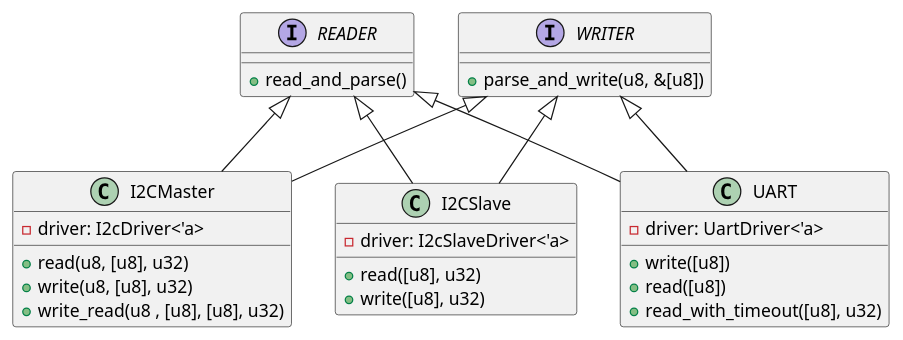
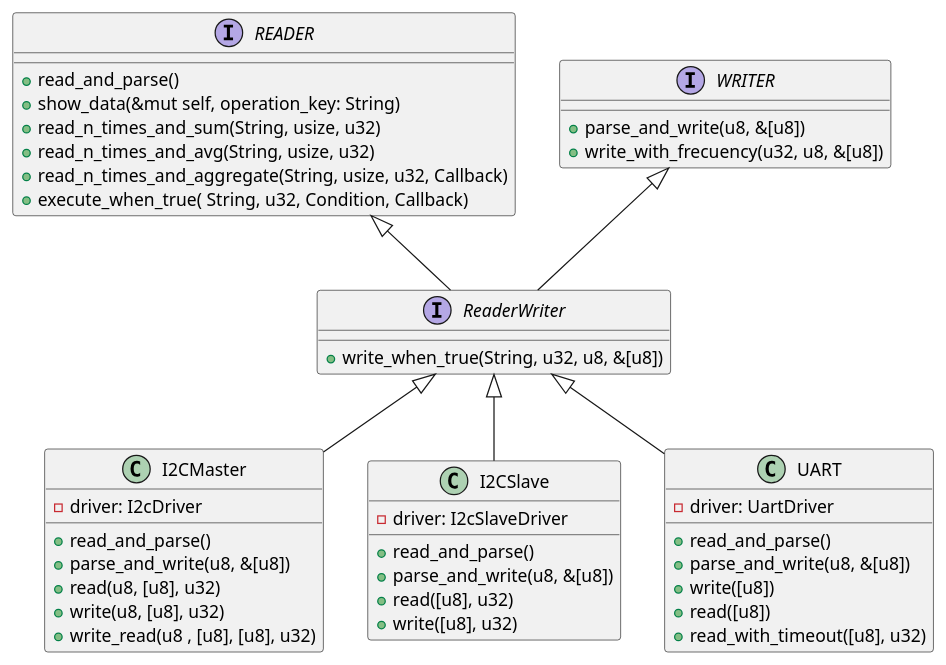
The diagram in diagrams/serial.puml (esp32framework/esp32framework), drawn with PlantUML before and after one commit. The commit also changed other lines of this file, not shown here.

Commit message:
Serial diagram update

```diff
--- a/diagrams/serial.puml
+++ b/diagrams/serial.puml
@@ -1,38 +1,53 @@
 @startuml Microcontroller serial
 
 Interface READER {
-    +read_and_parse()
+    + read_and_parse()
+    + show_data(&mut self, operation_key: String)
+    + read_n_times_and_sum(String, usize, u32)
+    + read_n_times_and_avg(String, usize, u32)
+    + read_n_times_and_aggregate(String, usize, u32, Callback)
+    + execute_when_true( String, u32, Condition, Callback)
 }
+
 Interface WRITER {
-    +parse_and_write(u8, &[u8])
+    + parse_and_write(u8, &[u8])
+    + write_with_frecuency(u32, u8, &[u8])
+}
+
+Interface ReaderWriter{
+    + write_when_true(String, u32, u8, &[u8])
 }
 
 class I2CMaster{
-    - driver: I2cDriver<'a>
+    - driver: I2cDriver
+    + read_and_parse()
+    + parse_and_write(u8, &[u8])
     + read(u8, [u8], u32) 
     + write(u8, [u8], u32) 
     + write_read(u8 , [u8], [u8], u32) 
 }
 
 class I2CSlave{
-    - driver: I2cSlaveDriver<'a>
+    - driver: I2cSlaveDriver
+    + read_and_parse()
+    + parse_and_write(u8, &[u8])
     + read([u8], u32)
     + write([u8], u32)
 }
 
 class UART{
-    - driver: UartDriver<'a>
+    - driver: UartDriver
+    + read_and_parse()
+    + parse_and_write(u8, &[u8])
     + write([u8])
     + read([u8])
-    +read_with_timeout([u8], u32)
+    + read_with_timeout([u8], u32)
 }
 
-
-READER <|-- I2CMaster
-WRITER <|-- I2CMaster
-READER <|-- I2CSlave
-WRITER <|-- I2CSlave
-READER <|-- UART
-WRITER <|-- UART
+ReaderWriter <|-- I2CMaster
+ReaderWriter <|-- I2CSlave
+ReaderWriter <|-- UART
+READER <|-- ReaderWriter
+WRITER <|-- ReaderWriter
 
 @enduml
```
